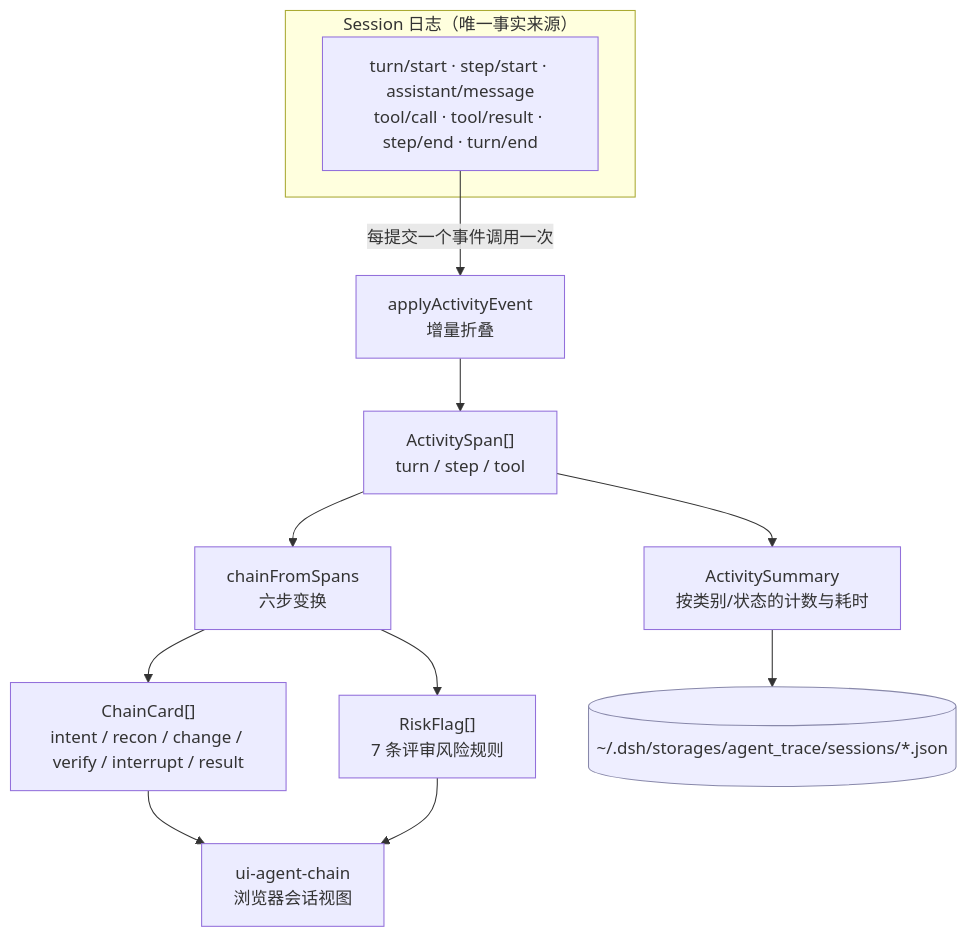
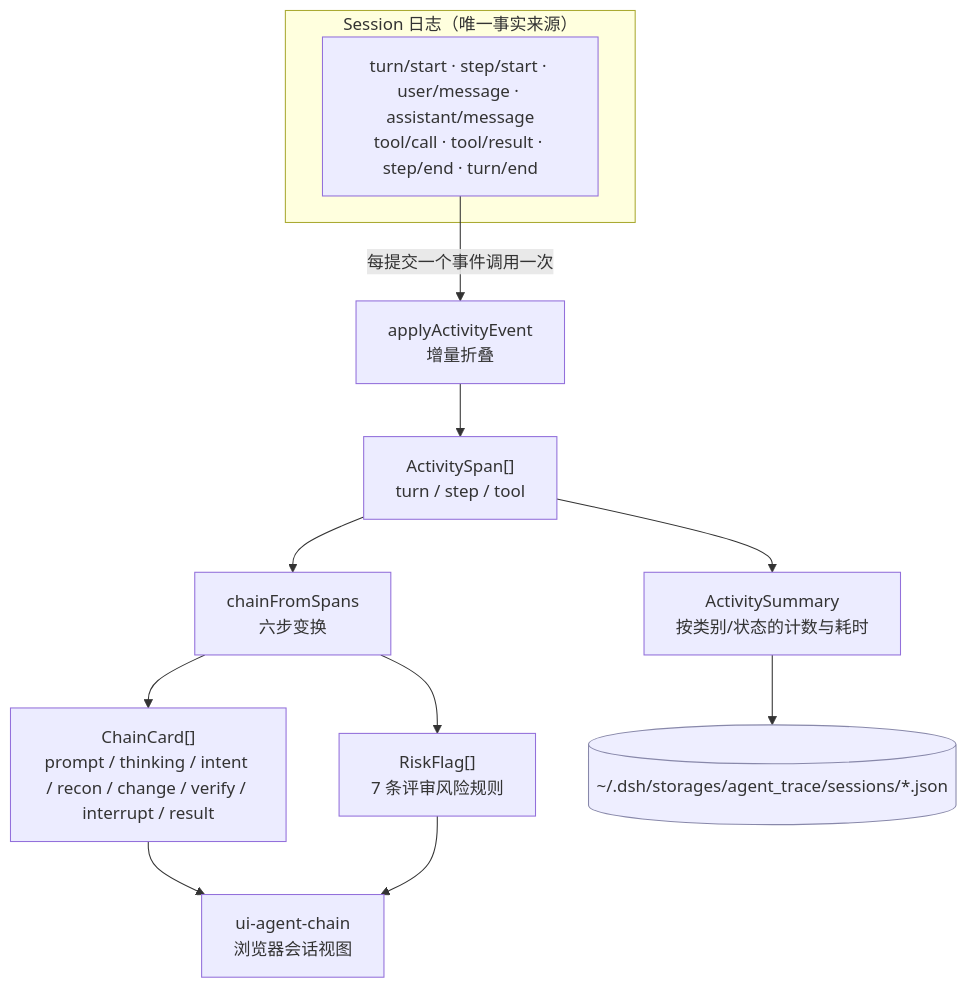
The first of 10 diagrams in review-workflow.md (KeXingJian/deepseek-harness), drawn with Mermaid before and after one commit. The commit also changed other lines of this file and 31 other files, not shown here.

Commit message:
修复复合卡片不显示问题&添加diff视图

````diff
--- a/review-workflow.md
+++ b/review-workflow.md
@@ -10,21 +10,21 @@
 ```mermaid
 flowchart TB
     subgraph LOG["Session 日志（唯一事实来源）"]
-        E["turn/start · step/start · assistant/message<br/>tool/call · tool/result · step/end · turn/end"]
+        E["turn/start · step/start · user/message · assistant/message<br/>tool/call · tool/result · step/end · turn/end"]
     end
 
     E -->|"每提交一个事件调用一次"| FOLD["applyActivityEvent<br/>增量折叠"]
     FOLD --> SPANS["ActivitySpan[]<br/>turn / step / tool"]
 
     SPANS --> CHAIN["chainFromSpans<br/>六步变换"]
-    CHAIN --> CARDS["ChainCard[]<br/>intent / recon / change / verify / interrupt / result"]
+    CHAIN --> CARDS["ChainCard[]<br/>prompt / thinking / intent / recon / change / verify / interrupt / result"]
     CHAIN --> FLAGS["RiskFlag[]<br/>7 条评审风险规则"]
     CARDS --> UI["ui-agent-chain<br/>浏览器会话视图"]
     FLAGS --> UI
 
     SPANS --> AGG["ActivitySummary<br/>按类别/状态的计数与耗时"]
     AGG --> DISK[("~/.dsh/storages/agent_trace/sessions/*.json")]
 
     classDef store fill:#eef,stroke:#88a
     class DISK store
 ```
````
